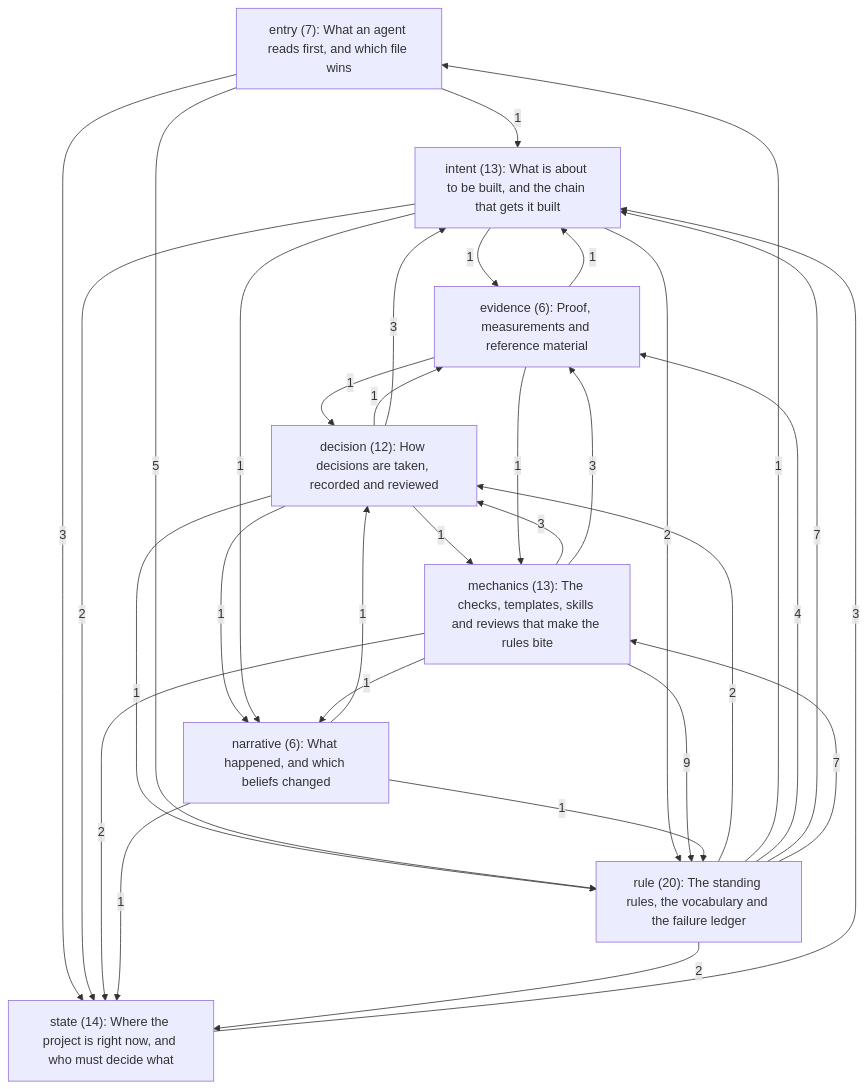
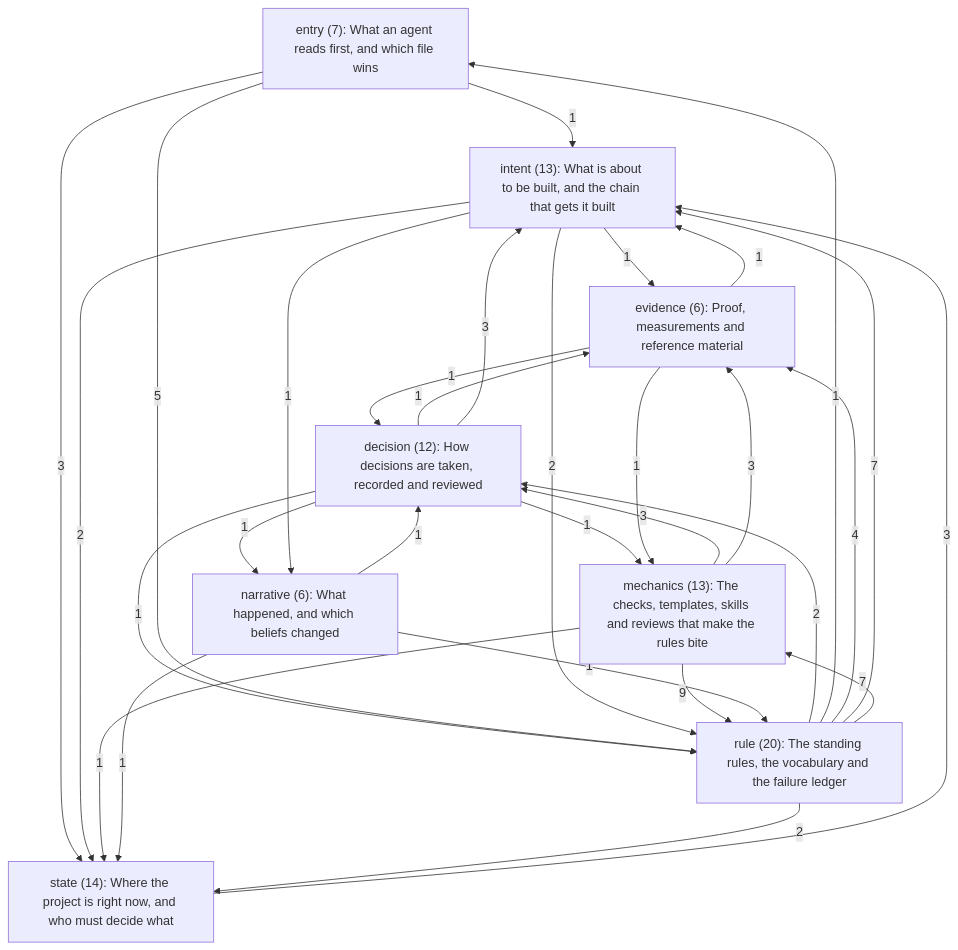
The first of 9 diagrams in Docs/knowledge/ai-first-framework-graph.md (HogJonny-AMZN/HogShade), drawn with Mermaid before and after one commit. The commit also changed other lines of this file and 5 other files, not shown here.

````diff
--- a/Docs/knowledge/ai-first-framework-graph.md
+++ b/Docs/knowledge/ai-first-framework-graph.md
@@ -27,41 +27,40 @@
 ```mermaid
 flowchart TB
   entry["entry (7): What an agent reads first, and which file wins"]
   state["state (14): Where the project is right now, and who must decide what"]
   intent["intent (13): What is about to be built, and the chain that gets it built"]
   decision["decision (12): How decisions are taken, recorded and reviewed"]
   rule["rule (20): The standing rules, the vocabulary and the failure ledger"]
   narrative["narrative (6): What happened, and which beliefs changed"]
   evidence["evidence (6): Proof, measurements and reference material"]
   mechanics["mechanics (13): The checks, templates, skills and reviews that make the rules bite"]
   decision -->|1| evidence
   decision -->|3| intent
   decision -->|1| mechanics
   decision -->|1| narrative
   decision -->|1| rule
   entry -->|1| intent
   entry -->|5| rule
   entry -->|3| state
   evidence -->|1| decision
   evidence -->|1| intent
   evidence -->|1| mechanics
   intent -->|1| evidence
   intent -->|1| narrative
   intent -->|2| rule
   intent -->|2| state
   mechanics -->|3| decision
   mechanics -->|3| evidence
-  mechanics -->|1| narrative
   mechanics -->|9| rule
-  mechanics -->|2| state
+  mechanics -->|1| state
   narrative -->|1| decision
   narrative -->|1| rule
   narrative -->|1| state
   rule -->|2| decision
   rule -->|1| entry
   rule -->|4| evidence
   rule -->|7| intent
   rule -->|7| mechanics
   rule -->|2| state
   state -->|3| intent
 ```
````
